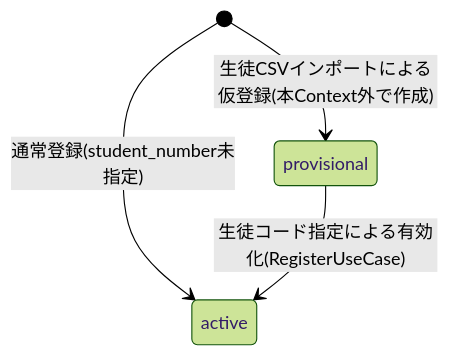
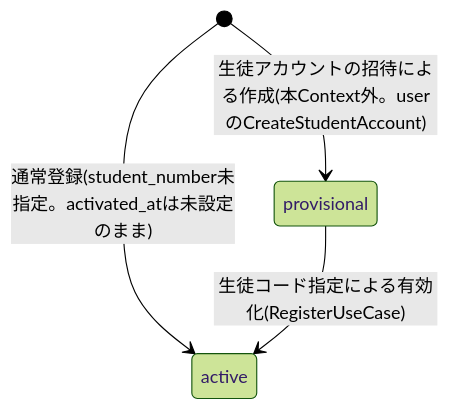
The third of 6 diagrams in 計画書/GO移行・設計仕様書/認証機能_Go移行・設計仕様書.md (yuta20253/edu-platform-go-design), drawn with Mermaid (forest theme) before and after one commit. The commit also changed other lines of this file and 34 other files, not shown here.

````diff
--- a/計画書/GO移行・設計仕様書/認証機能_Go移行・設計仕様書.md
+++ b/計画書/GO移行・設計仕様書/認証機能_Go移行・設計仕様書.md
@@ -356,6 +395,6 @@
 ```mermaid
 stateDiagram-v2
-    [*] --> active : 通常登録(student_number未指定)
-    [*] --> provisional : 生徒CSVインポートによる仮登録(本Context外で作成)
+    [*] --> active : 通常登録(student_number未指定。activated_atは未設定のまま)
+    [*] --> provisional : 生徒アカウントの招待による作成(本Context外。userのCreateStudentAccount)
     provisional --> active : 生徒コード指定による有効化(RegisterUseCase)
 ```
````
